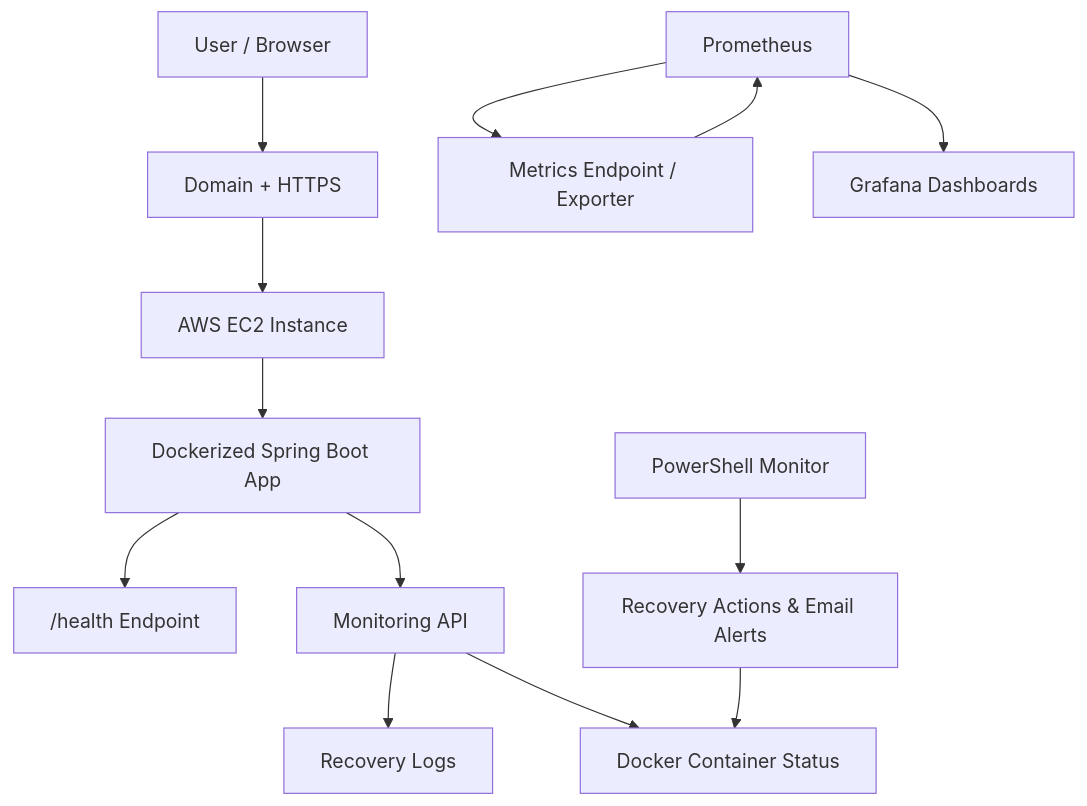
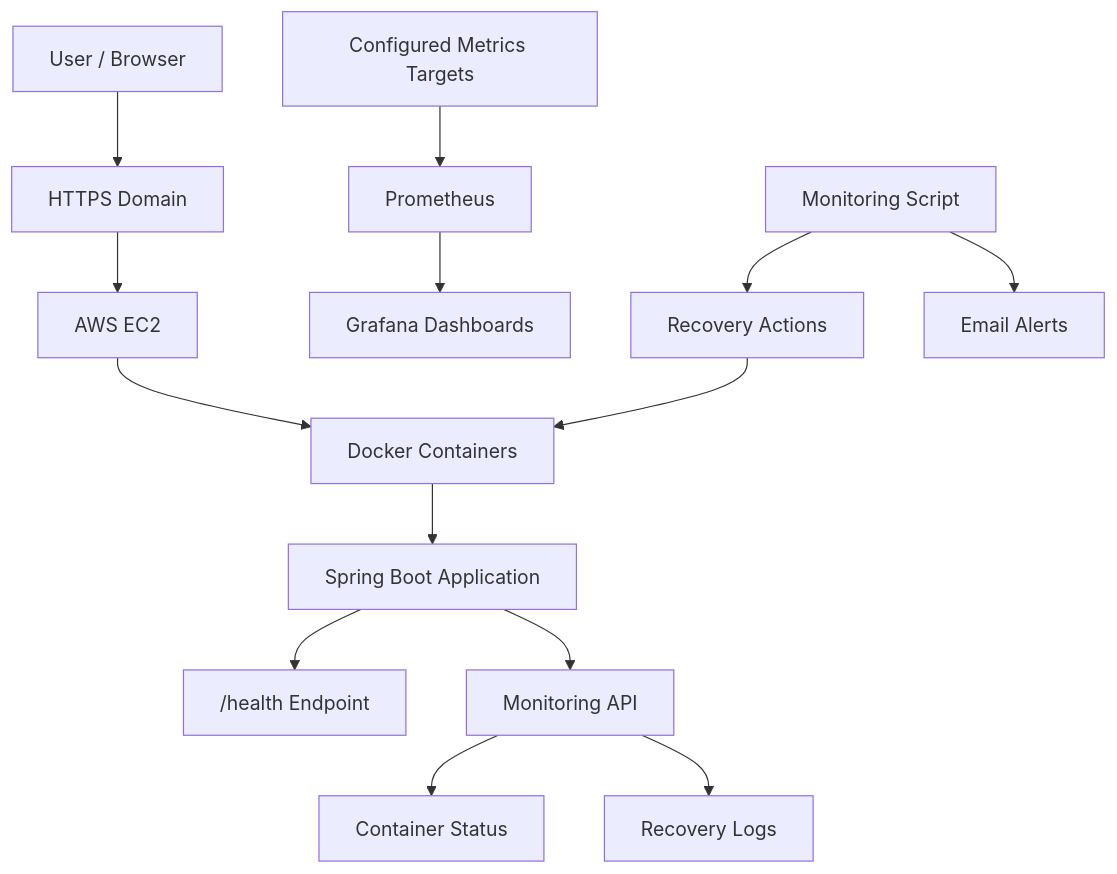
The diagram in README.md (divyansh-cloudops/auto-healing-platform), drawn with Mermaid before and after one commit. The commit also changed other lines of this file, not shown here.

````diff
--- a/README.md
+++ b/README.md
@@ -54,15 +70,16 @@
 ```mermaid
 flowchart TD
-    U[User / Browser] --> HTTPS[Domain + HTTPS]
-    HTTPS --> EC2[AWS EC2 Instance]
-    EC2 --> APP[Dockerized Spring Boot App]
-    APP --> HEALTH["/health Endpoint"]
-    APP --> API["Monitoring API"]
-    API --> LOG[Recovery Logs]
-    API --> DOCKER[Docker Container Status]
-    PROM[Prometheus] --> METRICS[Metrics Endpoint / Exporter]
-    METRICS --> PROM
-    PROM --> GRAFANA[Grafana Dashboards]
-    MON[PowerShell Monitor] --> REC[Recovery Actions & Email Alerts]
-    REC --> DOCKER
+    A[User / Browser] --> B[HTTPS Domain]
+    B --> C[AWS EC2]
+    C --> D[Docker Containers]
+    D --> E[Spring Boot Application]
+    E --> F["/health Endpoint"]
+    E --> G[Monitoring API]
+    G --> H[Container Status]
+    G --> I[Recovery Logs]
+    J[Configured Metrics Targets] --> K[Prometheus]
+    K --> L[Grafana Dashboards]
+    M[Monitoring Script] --> N[Recovery Actions]
+    M --> O[Email Alerts]
+    N --> D
 ```
````
